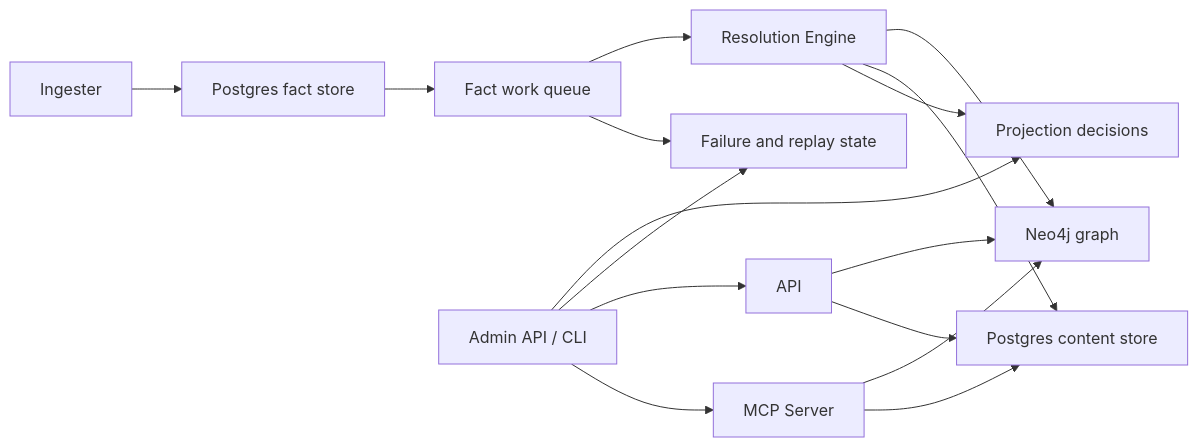
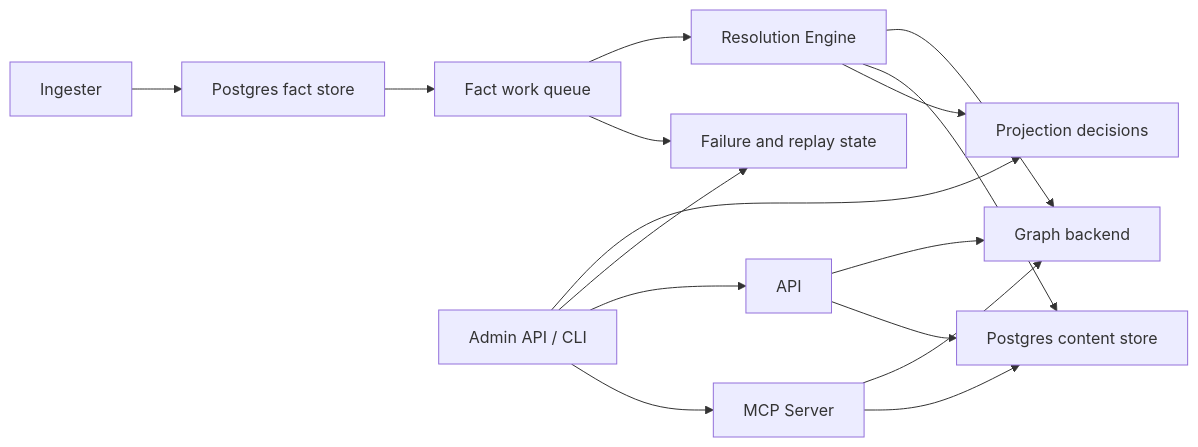
The diagram in docs/docs/reference/telemetry/index.md (platformcontext/platform-context-graph), drawn with Mermaid before and after one commit. The commit also changed 153 other files, not shown here.

````diff
--- a/docs/docs/reference/telemetry/index.md
+++ b/docs/docs/reference/telemetry/index.md
@@ -42,18 +42,18 @@
 ```mermaid
 flowchart LR
   A["Ingester"] --> B["Postgres fact store"]
   B --> C["Fact work queue"]
   C --> D["Resolution Engine"]
-  D --> E["Neo4j graph"]
+  D --> E["Graph backend"]
   D --> F["Postgres content store"]
   D --> G["Projection decisions"]
   C --> H["Failure and replay state"]
   I["API"] --> E
   I --> F
   J["MCP Server"] --> E
   J --> F
   K["Admin API / CLI"] --> G
   K --> H
   K --> I
   K --> J
 ```
````
